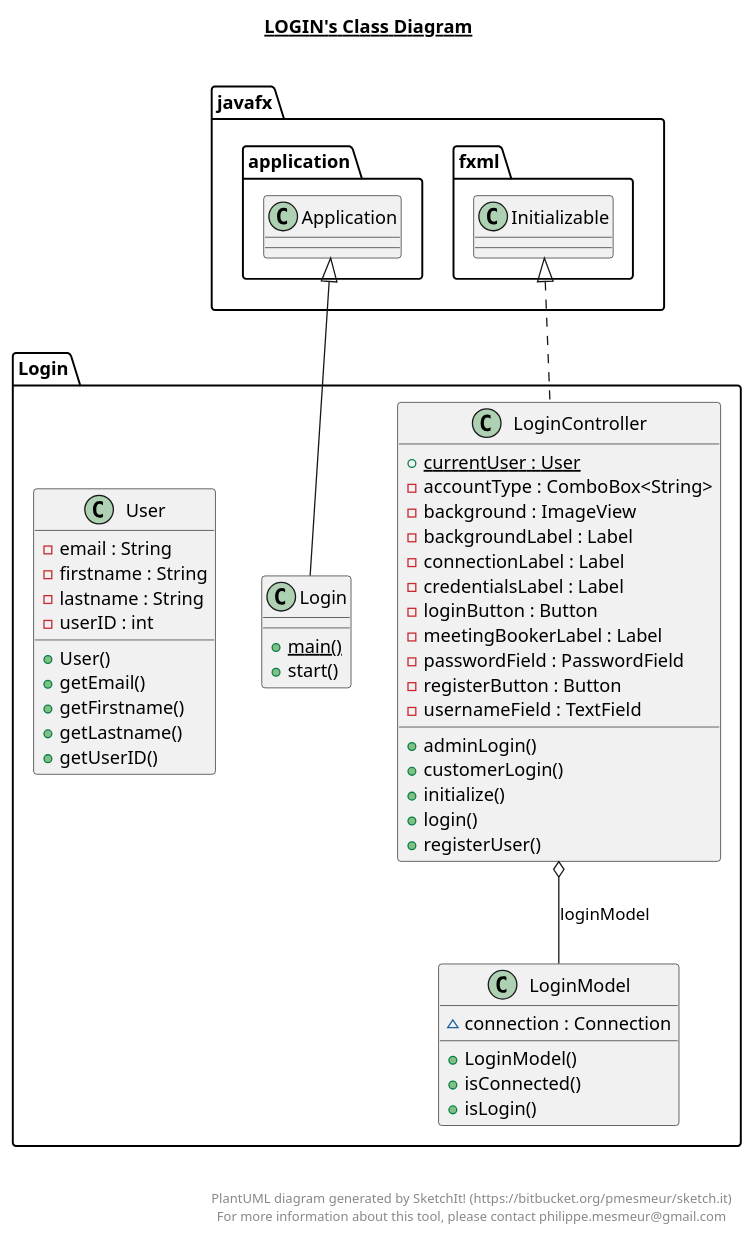
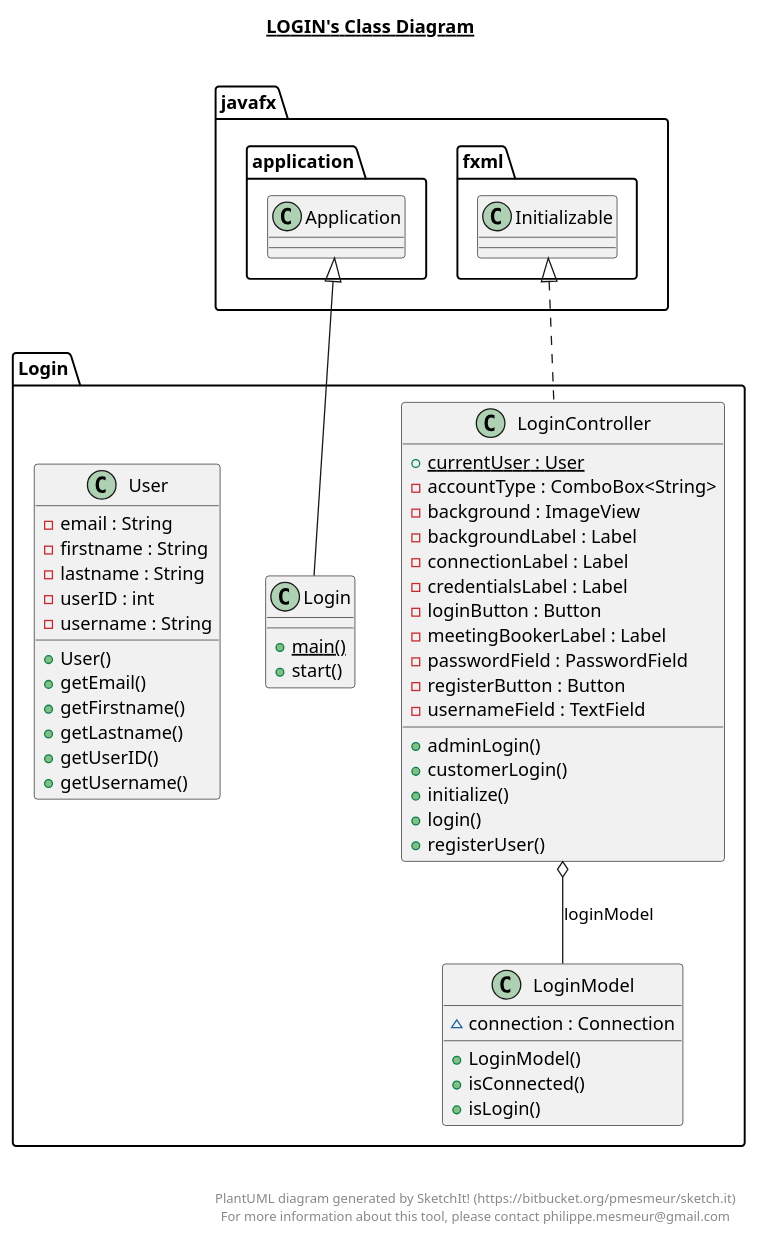
One commit to hegde-atri/meetingBooking changed the diagram in out/production/meetingBooking/Login/Login.plantuml. Above: the diagram before and after it, drawn with PlantUML. The commit also changed 30 other files, not shown here.

```diff
--- a/out/production/meetingBooking/Login/Login.plantuml
+++ b/out/production/meetingBooking/Login/Login.plantuml
@@ -1,72 +1,74 @@
 @startuml
 
 title __LOGIN's Class Diagram__\n
 
   namespace Login {
     class Login.Login {
         {static} + main()
         + start()
     }
   }
   
 
   namespace Login {
     class Login.LoginController {
         {static} + currentUser : User
         - accountType : ComboBox<String>
         - background : ImageView
         - backgroundLabel : Label
         - connectionLabel : Label
         - credentialsLabel : Label
         - loginButton : Button
         - meetingBookerLabel : Label
         - passwordField : PasswordField
         - registerButton : Button
         - usernameField : TextField
         + adminLogin()
         + customerLogin()
         + initialize()
         + login()
         + registerUser()
     }
   }
   
 
   namespace Login {
     class Login.LoginModel {
         ~ connection : Connection
         + LoginModel()
         + isConnected()
         + isLogin()
     }
   }
   
 
   namespace Login {
     class Login.User {
         - email : String
         - firstname : String
         - lastname : String
         - userID : int
+        - username : String
         + User()
         + getEmail()
         + getFirstname()
         + getLastname()
         + getUserID()
+        + getUsername()
     }
   }
   
 
   Login.Login -up-|> javafx.application.Application
   Login.LoginController .up.|> javafx.fxml.Initializable
   Login.LoginController o-- Login.LoginModel : loginModel
 
 
 right footer
 
 
 PlantUML diagram generated by SketchIt! (https://bitbucket.org/pmesmeur/sketch.it)
 For more information about this tool, please contact philippe.mesmeur@gmail.com
 endfooter
 
 @enduml
```
